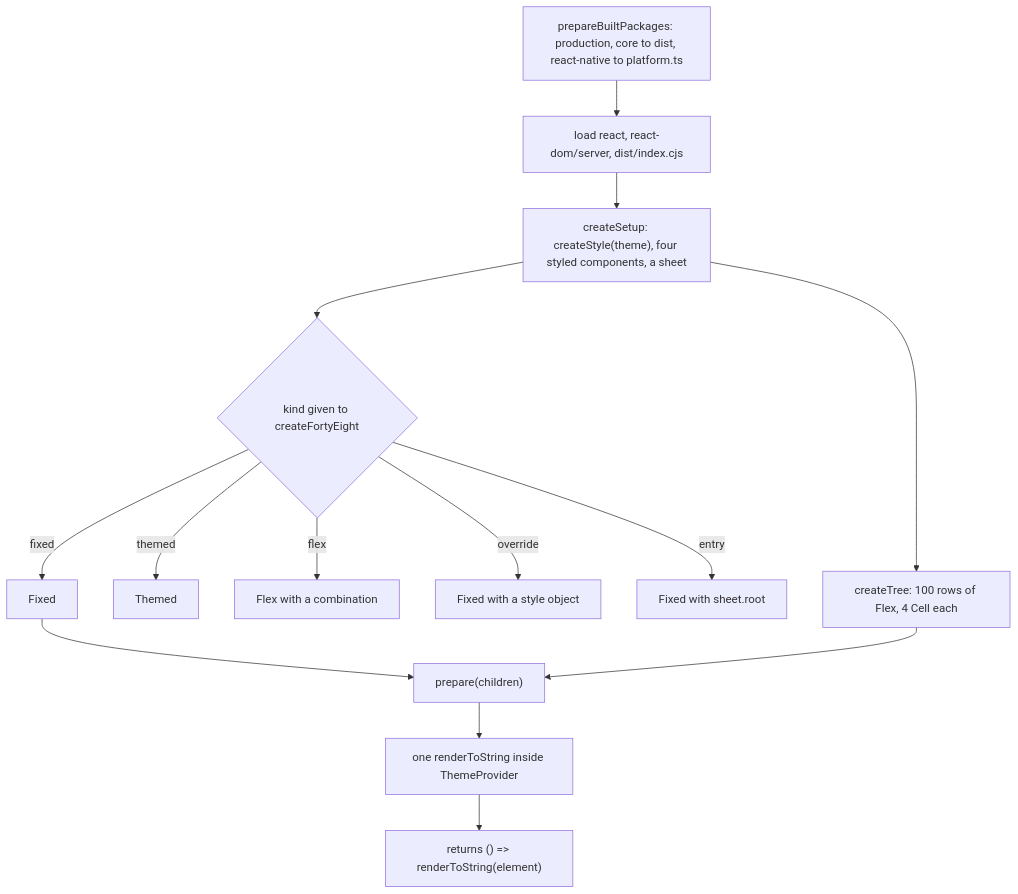
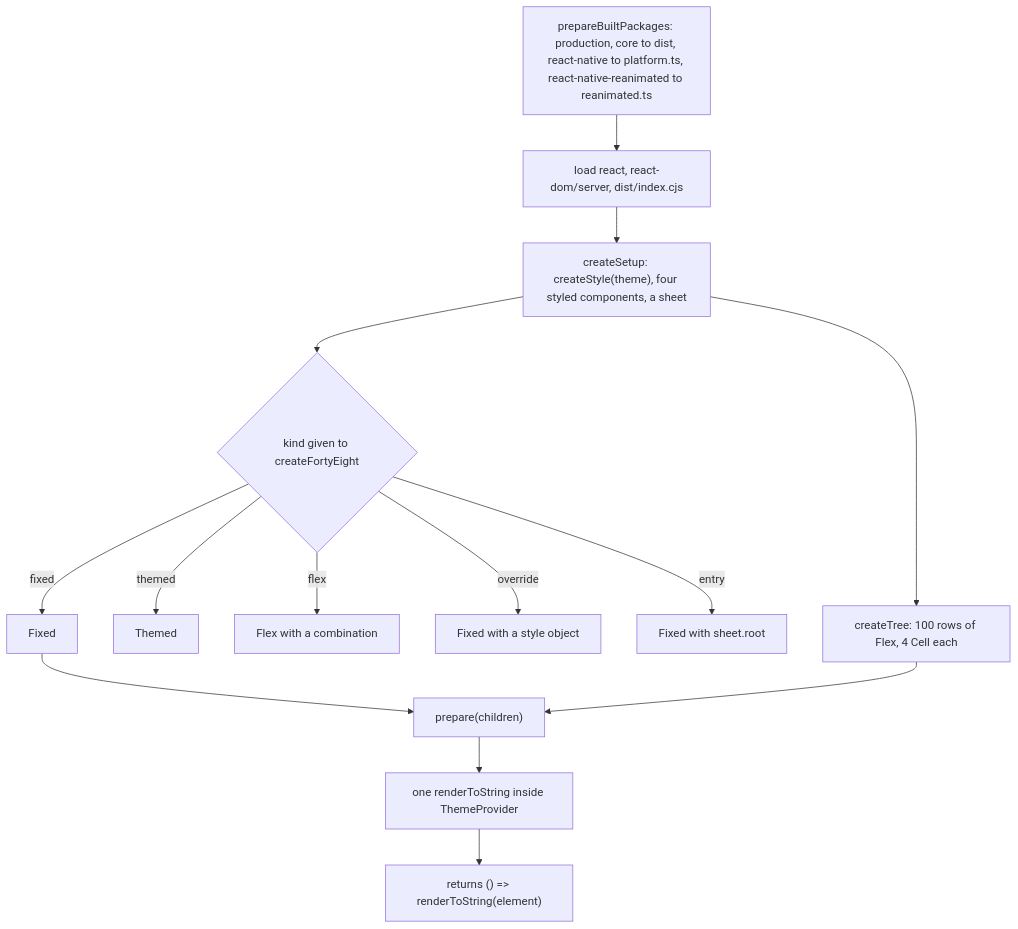
One commit to soroush-tech/umber-style changed the diagram in packages/react-native/bench/fixtures.md. Above: the diagram before and after it, drawn with Mermaid. The commit also changed other lines of this file and 93 other files, not shown here.

Commit message:
feat(react-native): animations and transitions run on React Native through react-native-reanimated from the animated entry, and every package is at 0.5.0 - #43

````diff
--- a/packages/react-native/bench/fixtures.md
+++ b/packages/react-native/bench/fixtures.md
@@ -20,16 +21,16 @@
 ```mermaid
 flowchart TD
-  prep["prepareBuiltPackages: production, core to dist, react-native to platform.ts"] --> load["load react, react-dom/server, dist/index.cjs"]
+  prep["prepareBuiltPackages: production, core to dist, react-native to platform.ts, react-native-reanimated to reanimated.ts"] --> load["load react, react-dom/server, dist/index.cjs"]
   load --> cs["createSetup: createStyle(theme), four styled components, a sheet"]
   cs --> kind{"kind given to createFortyEight"}
   kind -->|fixed| a["Fixed"]
   kind -->|themed| b["Themed"]
   kind -->|flex| c["Flex with a combination"]
   kind -->|override| d["Fixed with a style object"]
   kind -->|entry| e["Fixed with sheet.root"]
   cs --> tree["createTree: 100 rows of Flex, 4 Cell each"]
   a --> pr["prepare(children)"]
   tree --> pr
   pr --> warm["one renderToString inside ThemeProvider"]
   warm --> op["returns () => renderToString(element)"]
 ```
````
